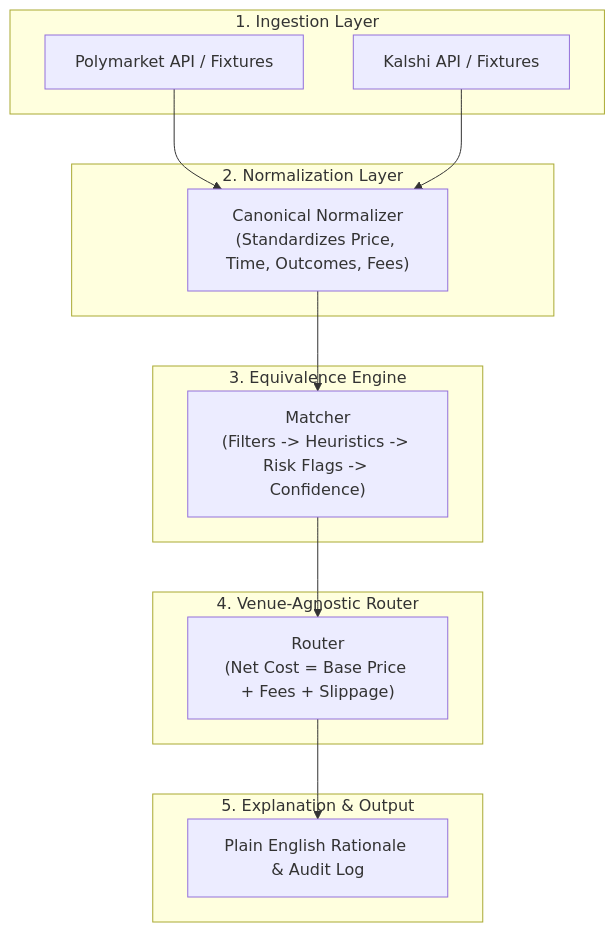
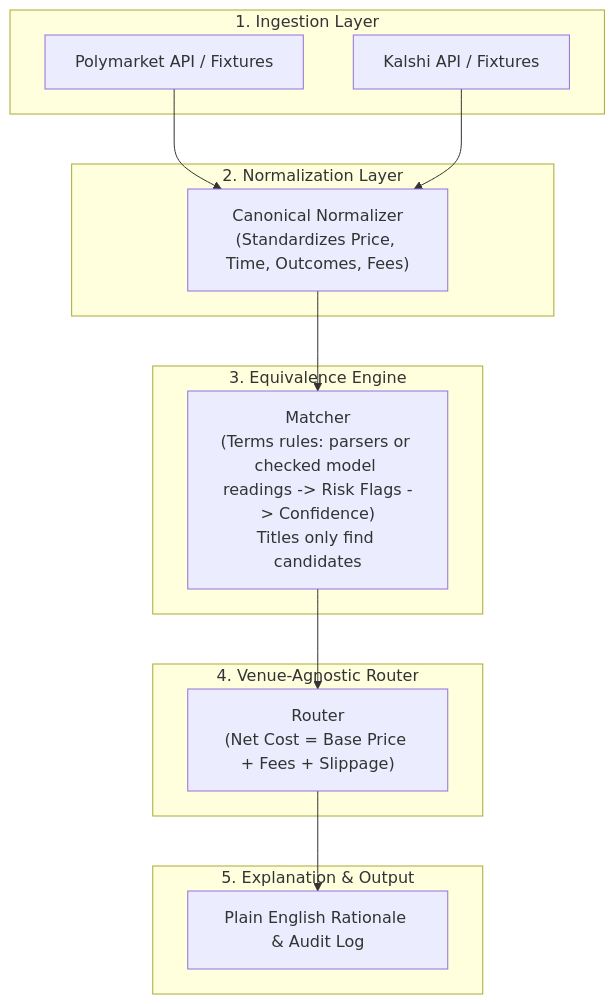
Before and after one commit to joshuatagoe/project-equinox: the diagram in user/users.md, drawn with Mermaid. The commit also changed other lines of this file and 19 other files, not shown here.

````diff
--- a/user/users.md
+++ b/user/users.md
@@ -107,29 +105,29 @@
 ```mermaid
 flowchart TD
     subgraph Venues ["1. Ingestion Layer"]
         P["Polymarket API / Fixtures"]
         K["Kalshi API / Fixtures"]
     end
 
     subgraph Normalization ["2. Normalization Layer"]
         CN["Canonical Normalizer<br/>(Standardizes Price, Time, Outcomes, Fees)"]
     end
 
     subgraph Equivalence ["3. Equivalence Engine"]
-        EE["Matcher<br/>(Filters -> Heuristics -> Risk Flags -> Confidence)"]
+        EE["Matcher<br/>(Terms rules: parsers or checked model readings -> Risk Flags -> Confidence)<br/>Titles only find candidates"]
     end
 
     subgraph Routing ["4. Venue-Agnostic Router"]
         RE["Router<br/>(Net Cost = Base Price + Fees + Slippage)"]
     end
 
     subgraph Audit ["5. Explanation & Output"]
         OUT["Plain English Rationale & Audit Log"]
     end
 
     P --> CN
     K --> CN
     CN --> EE
     EE --> RE
     RE --> OUT
 ```
````
